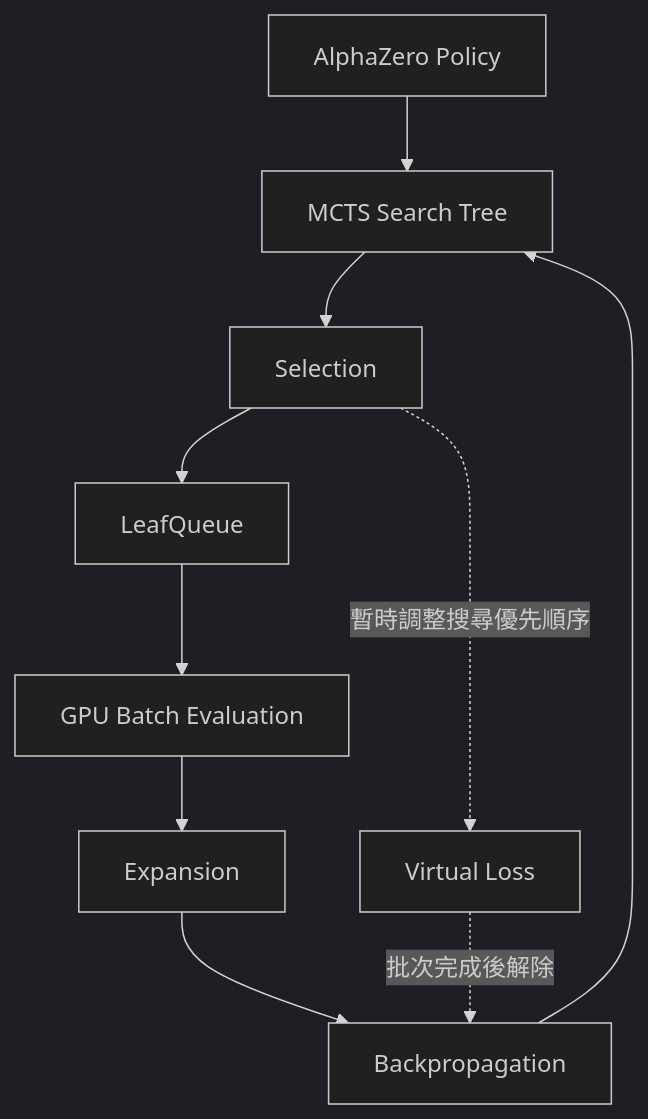
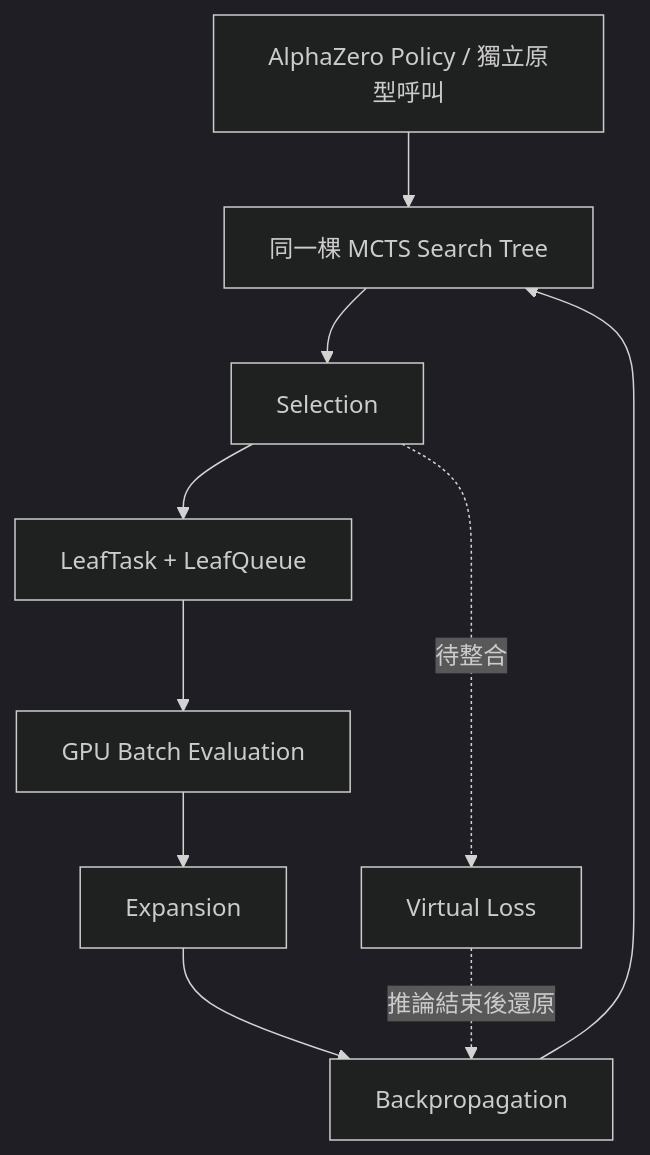
One commit to haolunhong/LightZero changed the diagram in docs/project/architecture.md. Above: the diagram before and after it, drawn with Mermaid (dark theme). The commit also changed other lines of this file and 1 other file, not shown here.

````diff
--- a/docs/project/architecture.md
+++ b/docs/project/architecture.md
@@ -24,12 +22,12 @@
 ```mermaid
 flowchart TD
-    A[AlphaZero Policy] --> B[MCTS Search Tree]
+    A[AlphaZero Policy / 獨立原型呼叫] --> B[同一棵 MCTS Search Tree]
     B --> C[Selection]
-    C --> D[LeafQueue]
+    C --> D[LeafTask + LeafQueue]
     D --> E[GPU Batch Evaluation]
     E --> F[Expansion]
     F --> G[Backpropagation]
     G --> B
-    C -. 暫時調整搜尋優先順序 .-> H[Virtual Loss]
-    H -. 批次完成後解除 .-> G
+    C -. 待整合 .-> H[Virtual Loss]
+    H -. 推論結束後還原 .-> G
 ```
````
